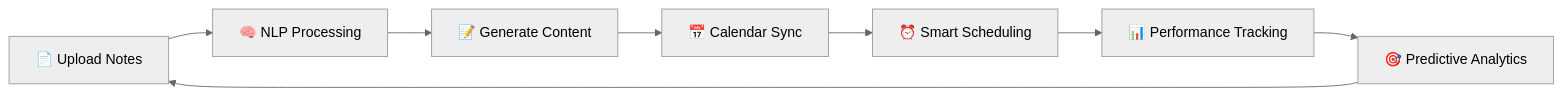
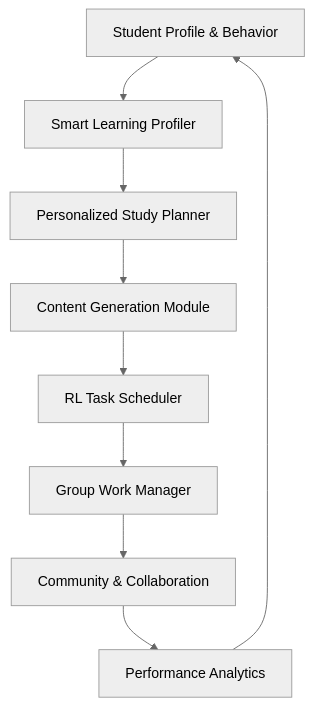
The diagram in README.md (OsandaLakshitha/HelpMate), drawn with Mermaid (neutral theme) before and after one commit. The commit also changed other lines of this file, not shown here.

````diff
--- a/README.md
+++ b/README.md
@@ -115,10 +135,11 @@
 ```mermaid
-graph LR
-    A[📄 Upload Notes] --> B[🧠 NLP Processing]
-    B --> C[📝 Generate Content]
-    C --> D[📅 Calendar Sync]
-    D --> E[⏰ Smart Scheduling]
-    E --> F[📊 Performance Tracking]
-    F --> G[🎯 Predictive Analytics]
-    G --> A
+graph TD
+    A[Student Profile & Behavior] --> B[Smart Learning Profiler]
+    B --> C[Personalized Study Planner]
+    C --> D[Content Generation Module]
+    D --> E[RL Task Scheduler]
+    E --> F[Group Work Manager]
+    F --> G[Community & Collaboration]
+    G --> H[Performance Analytics]
+    H --> A
 ```
````
